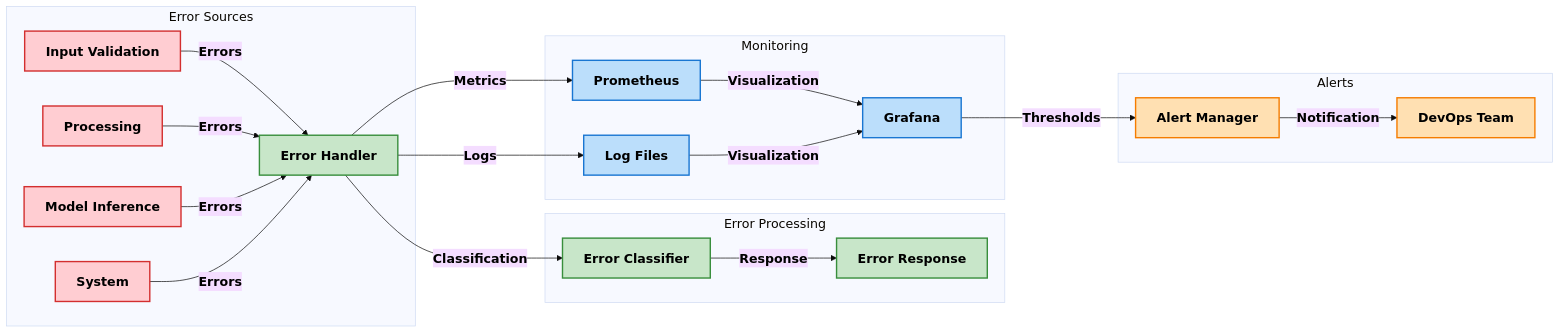
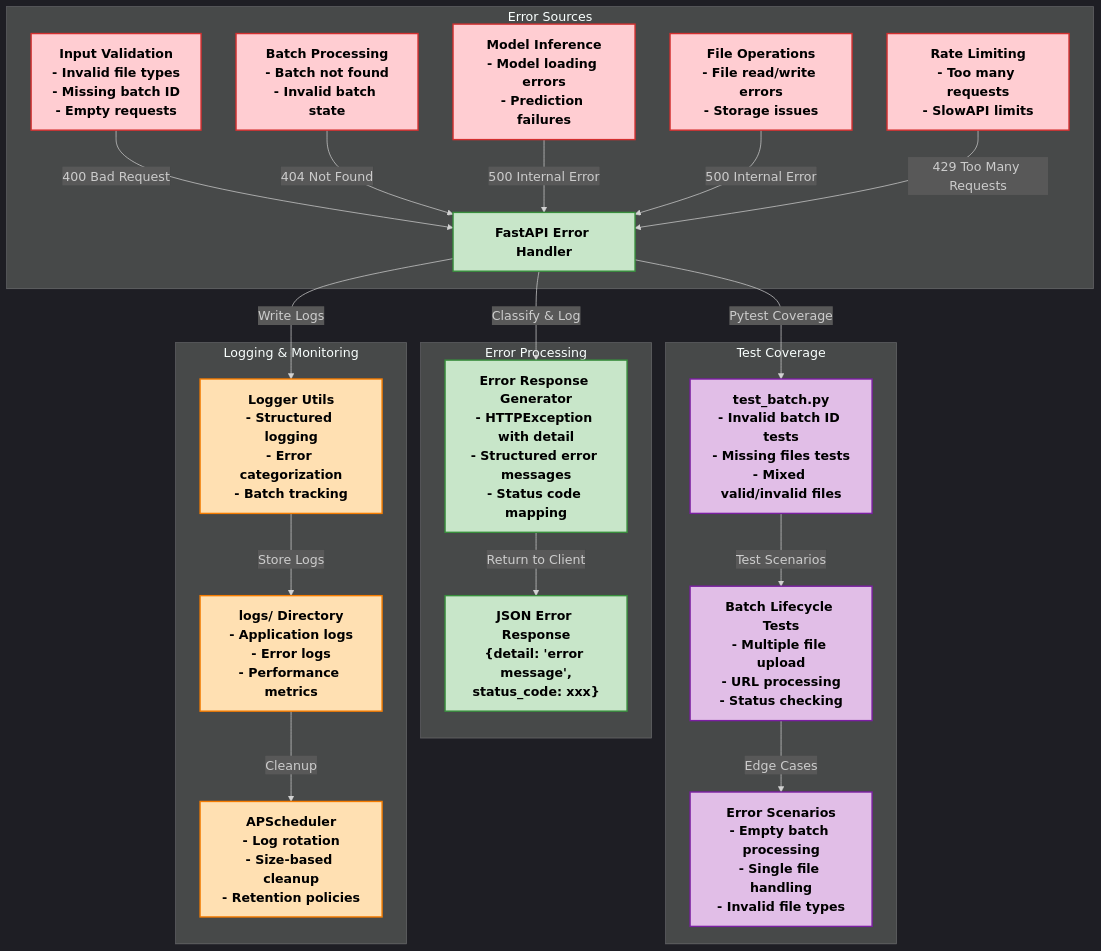
Before and after one commit to Dhruv0306/SymphonyProject1: the diagram in docs/images/Error Handling and Monitoring.mmd, drawn with Mermaid. The commit also changed 36 other files, not shown here.

First line of the commit message:
docs: enhance architecture and feature documentation

```diff
--- a/docs/images/Error Handling and Monitoring.mmd
+++ b/docs/images/Error Handling and Monitoring.mmd
@@ -1,39 +1,40 @@
-%%{init: {'theme': 'base', 'themeVariables': { 'fontFamily': 'arial', 'fontSize': '18px', 'fontWeight': 'bold'}}}%%
-graph LR
+%%{init: {'theme': 'dark', 'themeVariables': { 'fontFamily': 'arial', 'fontSize': '18px', 'fontWeight': 'bold'}}}%%
+graph TD
     subgraph "Error Sources"
         style A1 fill:#ffcdd2,stroke:#d32f2f,stroke-width:2px,color:#000000,font-weight:bold
         style A2 fill:#ffcdd2,stroke:#d32f2f,stroke-width:2px,color:#000000,font-weight:bold
         style A3 fill:#ffcdd2,stroke:#d32f2f,stroke-width:2px,color:#000000,font-weight:bold
         style A4 fill:#ffcdd2,stroke:#d32f2f,stroke-width:2px,color:#000000,font-weight:bold
-        A1["Input Validation"] -->|"Errors"| B["Error Handler"]
-        A2["Processing"] -->|"Errors"| B
-        A3["Model Inference"] -->|"Errors"| B
-        A4["System"] -->|"Errors"| B
+        style A5 fill:#ffcdd2,stroke:#d32f2f,stroke-width:2px,color:#000000,font-weight:bold
+        A1["Input Validation<br/>- Invalid file types<br/>- Missing batch ID<br/>- Empty requests"] -->|"400 Bad Request"| B["FastAPI Error Handler"]
+        A2["Batch Processing<br/>- Batch not found<br/>- Invalid batch state"] -->|"404 Not Found"| B
+        A3["Model Inference<br/>- Model loading errors<br/>- Prediction failures"] -->|"500 Internal Error"| B
+        A4["File Operations<br/>- File read/write errors<br/>- Storage issues"] -->|"500 Internal Error"| B
+        A5["Rate Limiting<br/>- Too many requests<br/>- SlowAPI limits"] -->|"429 Too Many Requests"| B
     end
 
     subgraph "Error Processing"
         style B fill:#c8e6c9,stroke:#388e3c,stroke-width:2px,color:#000000,font-weight:bold
         style C fill:#c8e6c9,stroke:#388e3c,stroke-width:2px,color:#000000,font-weight:bold
         style D fill:#c8e6c9,stroke:#388e3c,stroke-width:2px,color:#000000,font-weight:bold
-        B -->|"Classification"| C["Error Classifier"]
-        C -->|"Response"| D["Error Response"]
+        B -->|"Classify & Log"| C["Error Response Generator<br/>- HTTPException with detail<br/>- Structured error messages<br/>- Status code mapping"]
+        C -->|"Return to Client"| D["JSON Error Response<br/>{detail: 'error message',<br/>status_code: xxx}"]
     end
 
-    subgraph "Monitoring"
-        style E fill:#bbdefb,stroke:#1976d2,stroke-width:2px,color:#000000,font-weight:bold
-        style F fill:#bbdefb,stroke:#1976d2,stroke-width:2px,color:#000000,font-weight:bold
-        style G fill:#bbdefb,stroke:#1976d2,stroke-width:2px,color:#000000,font-weight:bold
-        B -->|"Metrics"| E["Prometheus"]
-        B -->|"Logs"| F["Log Files"]
-        E & F -->|"Visualization"| G["Grafana"]
+    subgraph "Test Coverage"
+        style E fill:#e1bee7,stroke:#7b1fa2,stroke-width:2px,color:#000000,font-weight:bold
+        style F fill:#e1bee7,stroke:#7b1fa2,stroke-width:2px,color:#000000,font-weight:bold
+        style G fill:#e1bee7,stroke:#7b1fa2,stroke-width:2px,color:#000000,font-weight:bold
+        B -->|"Pytest Coverage"| E["test_batch.py<br/>- Invalid batch ID tests<br/>- Missing files tests<br/>- Mixed valid/invalid files"]
+        E -->|"Test Scenarios"| F["Batch Lifecycle Tests<br/>- Multiple file upload<br/>- URL processing<br/>- Status checking"]
+        F -->|"Edge Cases"| G["Error Scenarios<br/>- Empty batch processing<br/>- Single file handling<br/>- Invalid file types"]
     end
 
-    subgraph "Alerts"
+    subgraph "Logging & Monitoring"
         style H fill:#ffe0b2,stroke:#f57c00,stroke-width:2px,color:#000000,font-weight:bold
         style I fill:#ffe0b2,stroke:#f57c00,stroke-width:2px,color:#000000,font-weight:bold
-        G -->|"Thresholds"| H["Alert Manager"]
-        H -->|"Notification"| I["DevOps Team"]
+        style J fill:#ffe0b2,stroke:#f57c00,stroke-width:2px,color:#000000,font-weight:bold
+        B -->|"Write Logs"| H["Logger Utils<br/>- Structured logging<br/>- Error categorization<br/>- Batch tracking"]
+        H -->|"Store Logs"| I["logs/ Directory<br/>- Application logs<br/>- Error logs<br/>- Performance metrics"]
+        I -->|"Cleanup"| J["APScheduler<br/>- Log rotation<br/>- Size-based cleanup<br/>- Retention policies"]
     end
-
-    %% Style all edge labels
-    linkStyle default color:#000000,font-weight:bold
```
